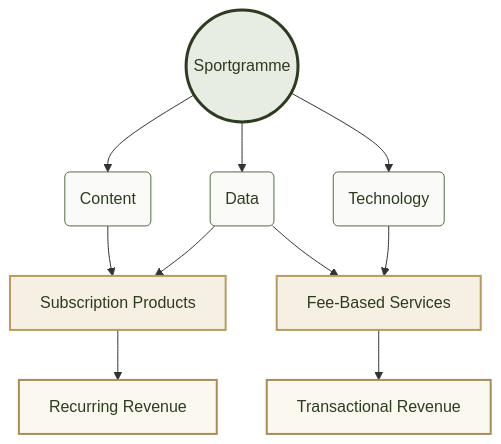
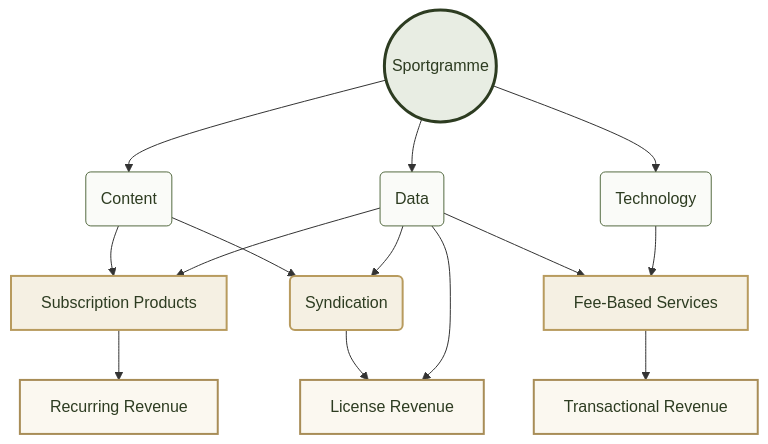
Before and after one commit to sportgramme/.github: the diagram in README.md, drawn with Mermaid. The commit also changed other lines of this file, not shown here.

````diff
--- a/README.md
+++ b/README.md
@@ -26,39 +38,47 @@
 ```mermaid
 flowchart TD
 
     S((Sportgramme))
 
     C(Content)
     D(Data)
     T(Technology)
+    N(Syndication)
 
     SUB[Subscription Products]
     FEE[Fee-Based Services]
 
     MRR[Recurring Revenue]
     TR[Transactional Revenue]
+    LR[License Revenue]
 
     S --> C
     S --> D
     S --> T
 
     C --> SUB
     D --> SUB
 
     D --> FEE
     T --> FEE
+    C --> N
+
+    N --> LR
+    D --> N
+    D --> LR
 
     SUB --> MRR
     FEE --> TR
+    
 
     class S platform
     class C,D,T domain
-    class SUB,FEE revenue
-    class MRR,TR money
+    class SUB,FEE,N revenue
+    class MRR,TR,LR money
 
     classDef platform fill:#E8EDE3,stroke:#2D3C21,color:#2D3C21,stroke-width:3px;
     classDef domain fill:#FAFBF8,stroke:#556B42,color:#2D3C21;
     classDef revenue fill:#F5F0E3,stroke:#B89B5E,color:#2D3C21,stroke-width:2px;
     classDef money fill:#FBF8F0,stroke:#A88D57,color:#2D3C21,stroke-width:2px;
     
 ```
````
